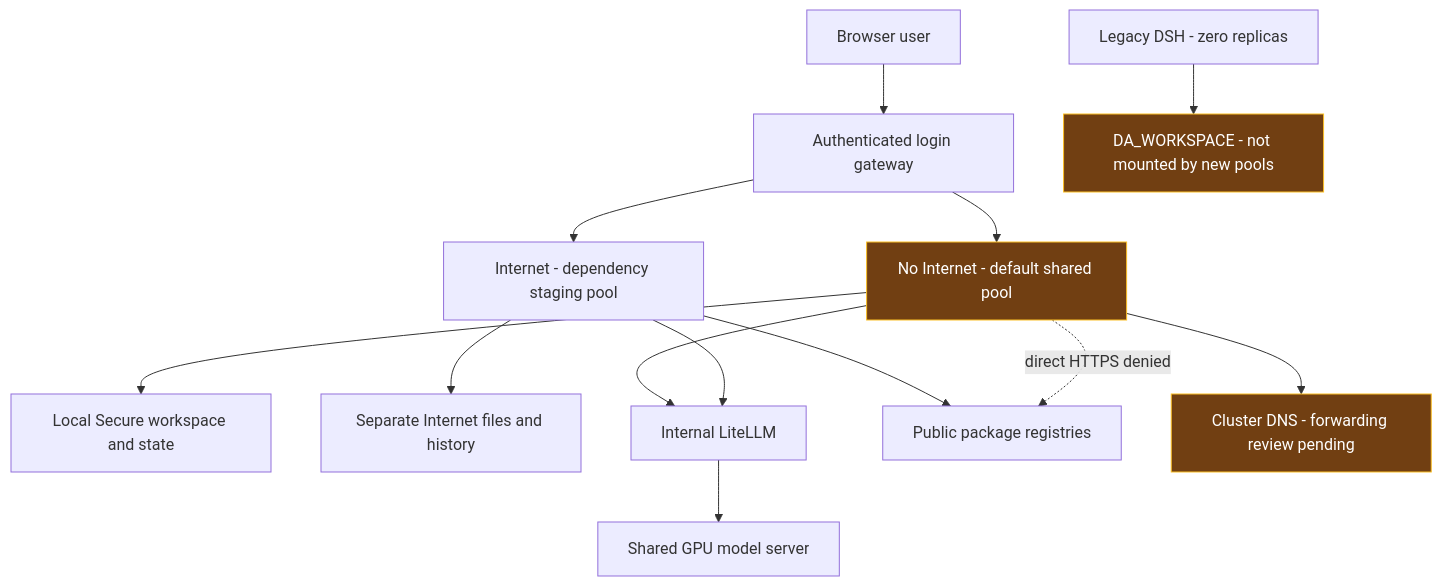
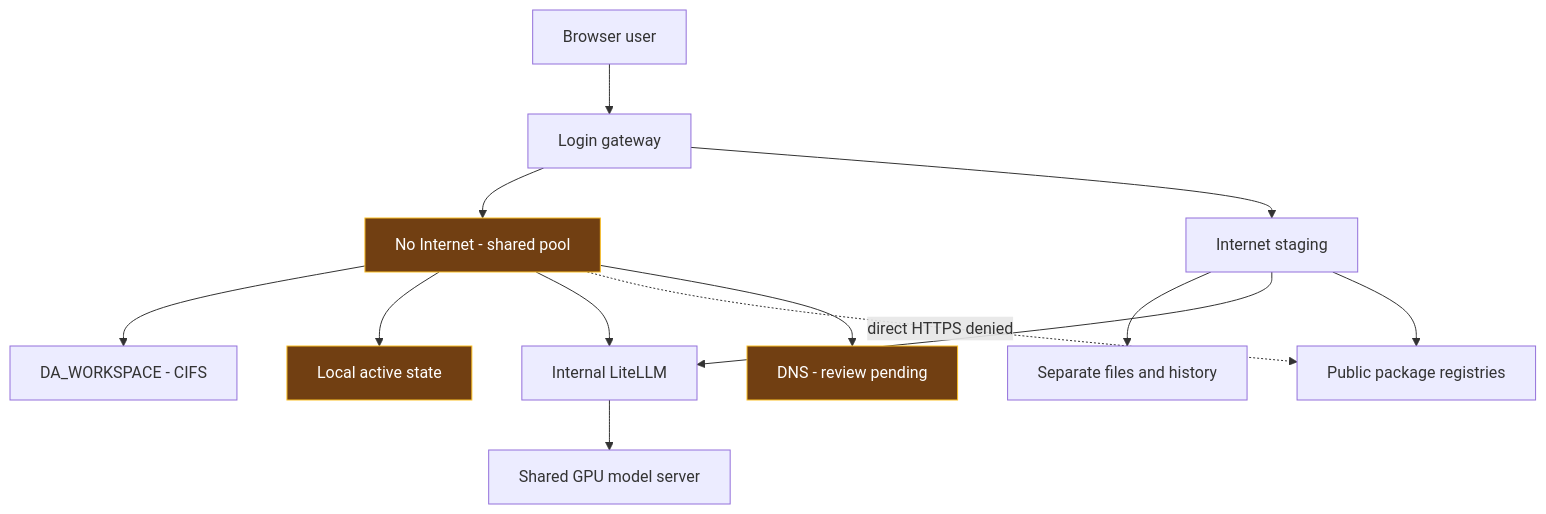
The first of 3 diagrams in docs/DSH_RDT_PILOT_SECURITY_CONTROL_ASSESSMENT.md (skunpoj/dsh_setup), drawn with Mermaid before and after one commit. The commit also changed other lines of this file and 19 other files, not shown here.

Commit message:
Restore mounted DA_WORKSPACE with verified reconciliation and runtime persistence

````diff
--- a/docs/DSH_RDT_PILOT_SECURITY_CONTROL_ASSESSMENT.md
+++ b/docs/DSH_RDT_PILOT_SECURITY_CONTROL_ASSESSMENT.md
@@ -27,17 +27,17 @@
 ```mermaid
 flowchart TB
- U[Browser user] --> G[Authenticated login gateway]
- G --> S[No Internet - default shared pool]
- G --> I[Internet - dependency staging pool]
- S --> SW[Local Secure workspace and state]
- I --> IW[Separate Internet files and history]
+ U[Browser user] --> G[Login gateway]
+ G --> S[No Internet - shared pool]
+ G --> I[Internet staging]
+ S --> SW[DA_WORKSPACE - CIFS]
+ S --> SS[Local active state]
+ I --> IW[Separate files and history]
  S --> L[Internal LiteLLM]
  I --> L
  L --> M[Shared GPU model server]
  I --> W[Public package registries]
  S -. direct HTTPS denied .-> W
- S --> D[Cluster DNS - forwarding review pending]
- OLD[Legacy DSH - zero replicas] --> DA[DA_WORKSPACE - not mounted by new pools]
+ S --> D[DNS - review pending]
  classDef gap fill:#713f12,stroke:#fbbf24,color:#fff;
- class S,D,DA gap;
+ class S,D,SS gap;
 ```
````
